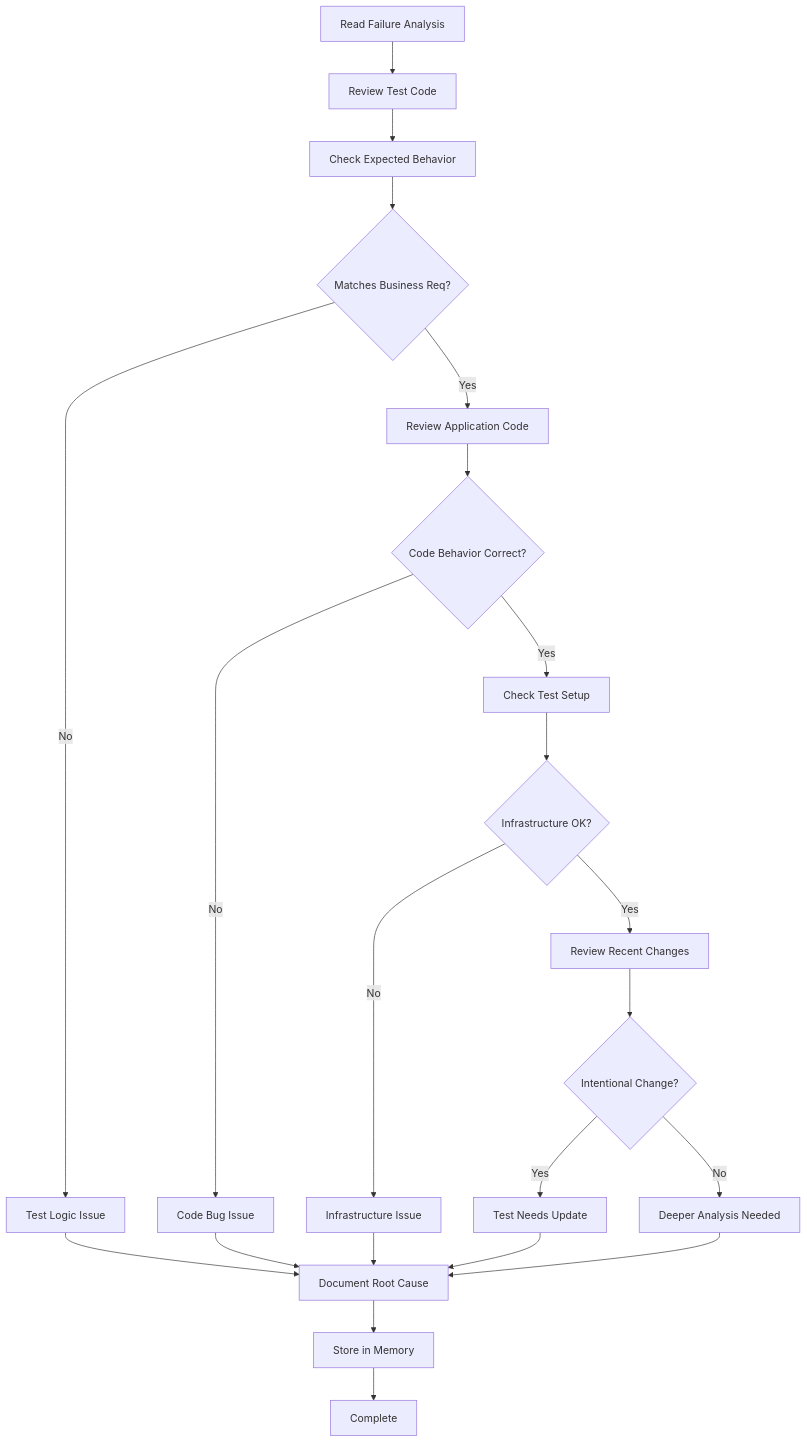
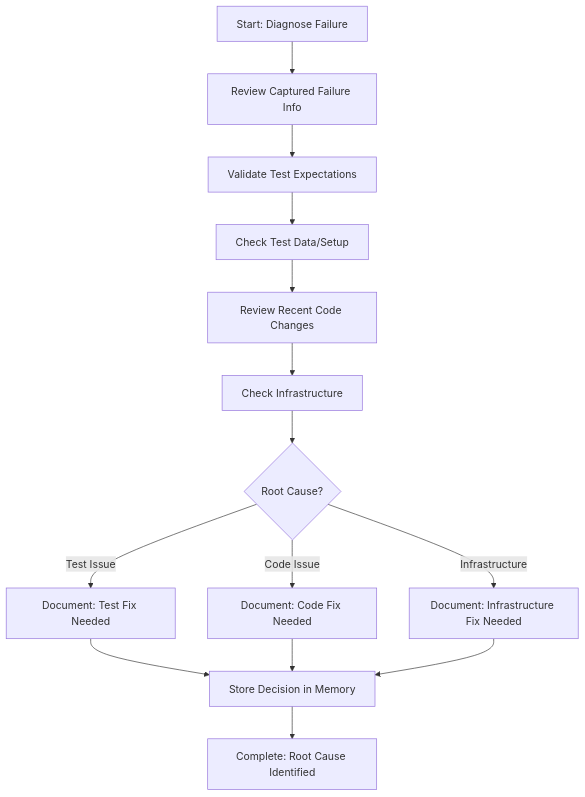
One commit to HMTools/agentic-processes changed the diagram in .processes/steps/testing/diagnose-integration-test-failure.md. Above: the diagram before and after it, drawn with Mermaid. The commit also changed other lines of this file and 73 other files, not shown here.

````diff
--- a/.processes/steps/testing/diagnose-integration-test-failure.md
+++ b/.processes/steps/testing/diagnose-integration-test-failure.md
@@ -87,24 +71,16 @@
 ```mermaid
-graph TD
-    A[Read Failure Analysis] --> B[Review Test Code]
-    B --> C[Check Expected Behavior]
-    C --> D{Matches Business Req?}
-    D -->|No| E[Test Logic Issue]
-    D -->|Yes| F[Review Application Code]
-    F --> G{Code Behavior Correct?}
-    G -->|No| H[Code Bug Issue]
-    G -->|Yes| I[Check Test Setup]
-    I --> J{Infrastructure OK?}
-    J -->|No| K[Infrastructure Issue]
-    J -->|Yes| L[Review Recent Changes]
-    L --> M{Intentional Change?}
-    M -->|Yes| N[Test Needs Update]
-    M -->|No| O[Deeper Analysis Needed]
-    E --> P[Document Root Cause]
-    H --> P
-    K --> P
-    N --> P
-    O --> P
-    P --> Q[Store in Memory]
-    Q --> R[Complete]
+flowchart TD
+    A[Start: Diagnose Failure] --> B[Review Captured Failure Info]
+    B --> C[Validate Test Expectations]
+    C --> D[Check Test Data/Setup]
+    D --> E[Review Recent Code Changes]
+    E --> F[Check Infrastructure]
+    F --> G{Root Cause?}
+    G -->|Test Issue| H[Document: Test Fix Needed]
+    G -->|Code Issue| I[Document: Code Fix Needed]
+    G -->|Infrastructure| J[Document: Infrastructure Fix Needed]
+    H --> K[Store Decision in Memory]
+    I --> K
+    J --> K
+    K --> L[Complete: Root Cause Identified]
 ```
````
